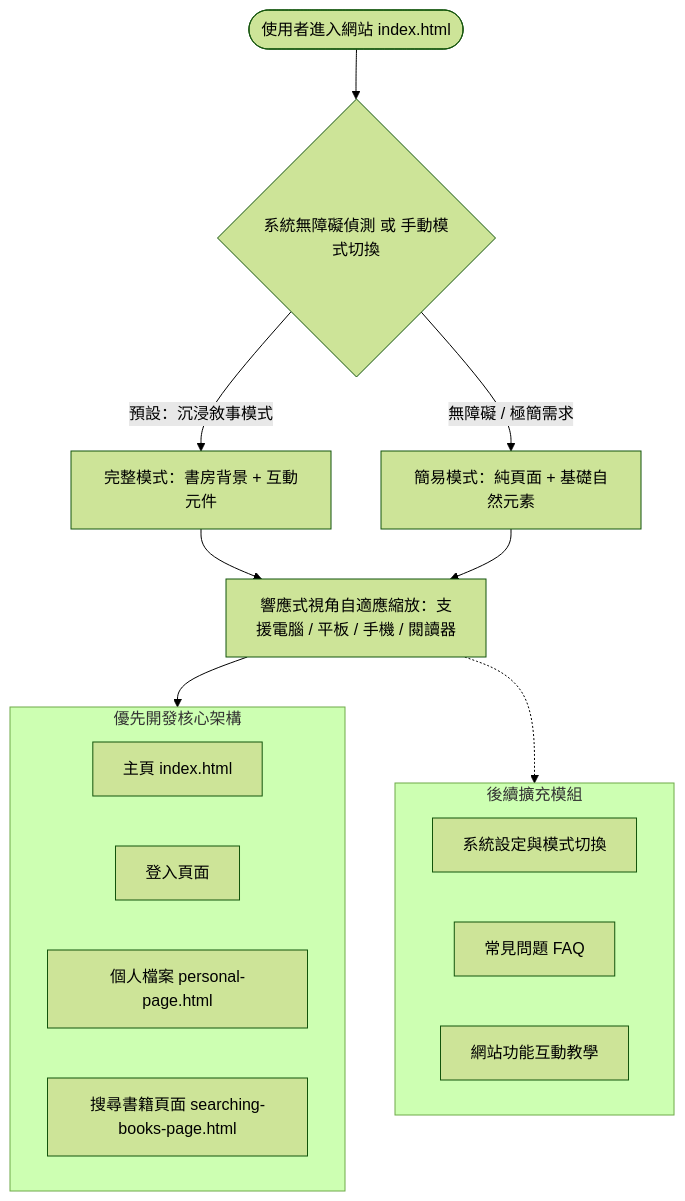
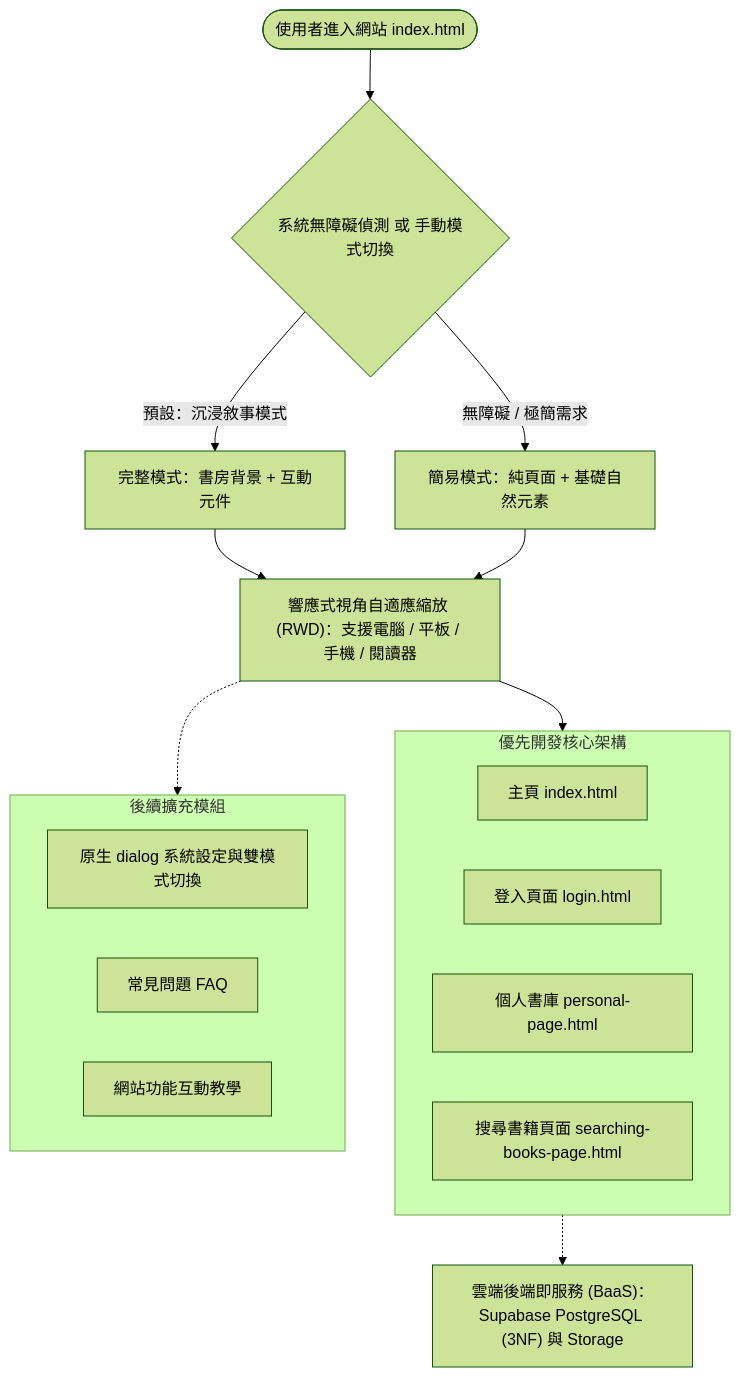
One commit to xGreedwindx/sylvan-folios-library changed the first of 4 diagrams in README.md. Above: the diagram before and after it, drawn with Mermaid (forest theme). The commit also changed other lines of this file, not shown here.

````diff
--- a/README.md
+++ b/README.md
@@ -7,26 +7,27 @@
 ```mermaid
 flowchart TD
-    Entry([使用者進入網站 index.html]) --> CheckA11y{系統無障礙偵測 或 手動模式切換}
+    Entry(["使用者進入網站 index.html"]) --> CheckA11y{"系統無障礙偵測 或 手動模式切換"}
     
-    CheckA11y -->|預設：沉浸敘事模式| ModeRich[完整模式：書房背景 + 互動元件]
-    CheckA11y -->|無障礙 / 極簡需求| ModeLite[簡易模式：純頁面 + 基礎自然元素]
+    CheckA11y -->|"預設：沉浸敘事模式"| ModeRich["完整模式：書房背景 + 互動元件"]
+    CheckA11y -->|"無障礙 / 極簡需求"| ModeLite["簡易模式：純頁面 + 基礎自然元素"]
     
-    ModeRich --> RWD[響應式視角自適應縮放：支援電腦 / 平板 / 手機 / 閱讀器]
+    ModeRich --> RWD["響應式視角自適應縮放 (RWD)：支援電腦 / 平板 / 手機 / 閱讀器"]
     ModeLite --> RWD
     
-    RWD --> CorePages[第一階段優先核心頁面]
-    RWD -.-> SubPages[第二階段擴充輔助頁面]
+    RWD --> CorePages["第一階段優先核心頁面"]
+    RWD -.-> SubPages["第二階段擴充輔助頁面"]
+    CorePages -.-> CloudBaaS["雲端後端即服務 (BaaS)：Supabase PostgreSQL (3NF) 與 Storage"]
     
-    subgraph CorePages [優先開發核心架構]
-        P1[主頁 index.html]
-        P2[登入頁面]
-        P3[個人檔案 personal-page.html]
-        P4[搜尋書籍頁面 searching-books-page.html]
+    subgraph CorePages ["優先開發核心架構"]
+        P1["主頁 index.html"]
+        P2["登入頁面 login.html"]
+        P3["個人書庫 personal-page.html"]
+        P4["搜尋書籍頁面 searching-books-page.html"]
     end
     
-    subgraph SubPages [後續擴充模組]
-        S1[系統設定與模式切換]
-        S2[常見問題 FAQ]
-        S3[網站功能互動教學]
+    subgraph SubPages ["後續擴充模組"]
+        S1["原生 dialog 系統設定與雙模式切換"]
+        S2["常見問題 FAQ"]
+        S3["網站功能互動教學"]
     end
 ```
````
